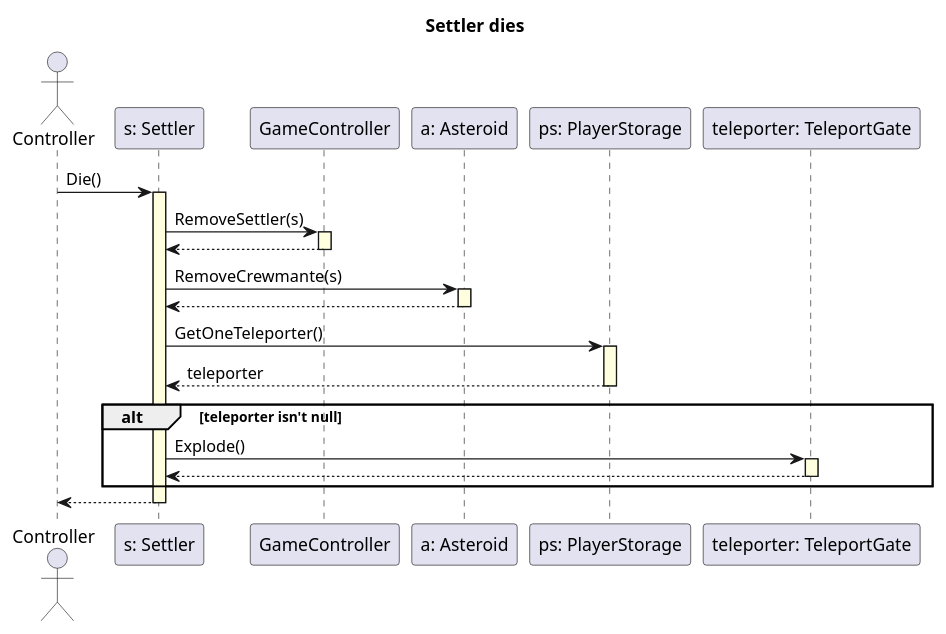
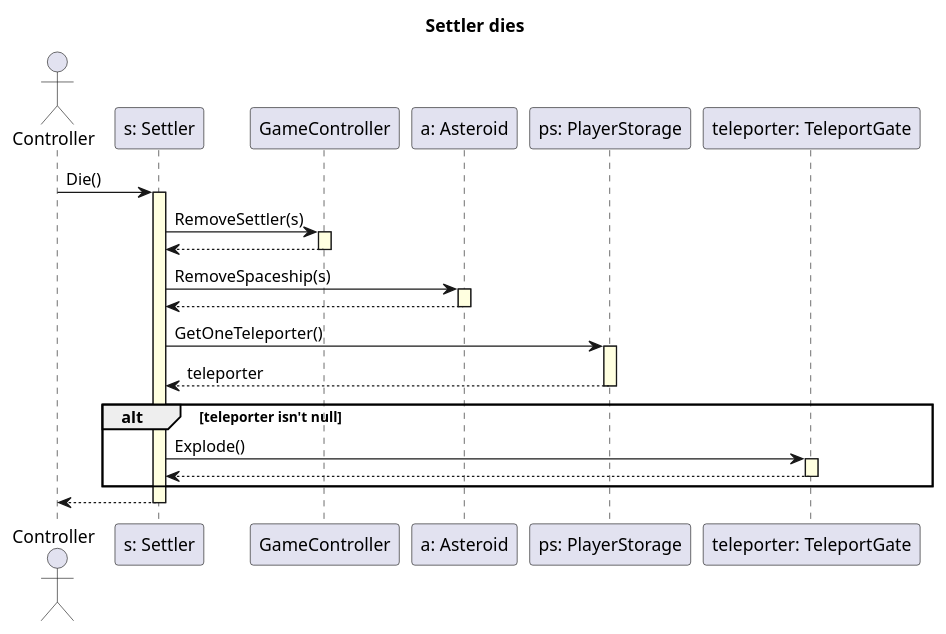
One commit to triszt4n/projlab_holy_oil changed the diagram in uml/original_seq_diagrams/die_settler.plantuml. Above: the diagram before and after it, drawn with PlantUML. The commit also changed 36 other files, not shown here.

```diff
--- a/uml/original_seq_diagrams/die_settler.plantuml
+++ b/uml/original_seq_diagrams/die_settler.plantuml
@@ -1,34 +1,34 @@
 @startuml
 skinparam SequenceLifeLineBackgroundColor LightYellow
 
 title "Settler dies"
 
 actor Controller as control
 participant "s: Settler" as settler
 participant "GameController" as game
 participant "a: Asteroid" as asteroid
 participant "ps: PlayerStorage" as storage
 participant "teleporter: TeleportGate" as teleporter
 
 control -> settler ++ : Die()
 
     settler -> game ++ : RemoveSettler(s)
     game --> settler --
 
-    settler -> asteroid ++ : RemoveCrewmante(s)
+    settler -> asteroid ++ : RemoveSpaceship(s)
     asteroid --> settler--
 
     settler -> storage ++ : GetOneTeleporter()
     storage --> settler -- : teleporter
 
     alt teleporter isn't null
 
         settler -> teleporter ++ : Explode()
         teleporter --> settler --
 
     end
 
 settler --> control --
 
 
 @enduml
```
